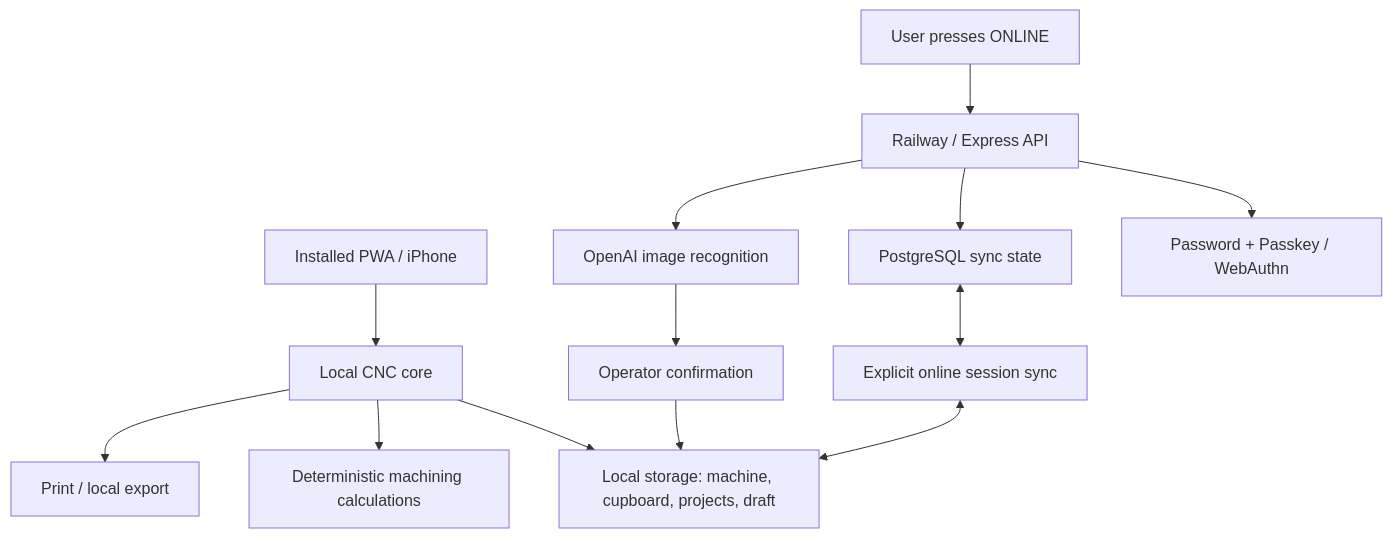
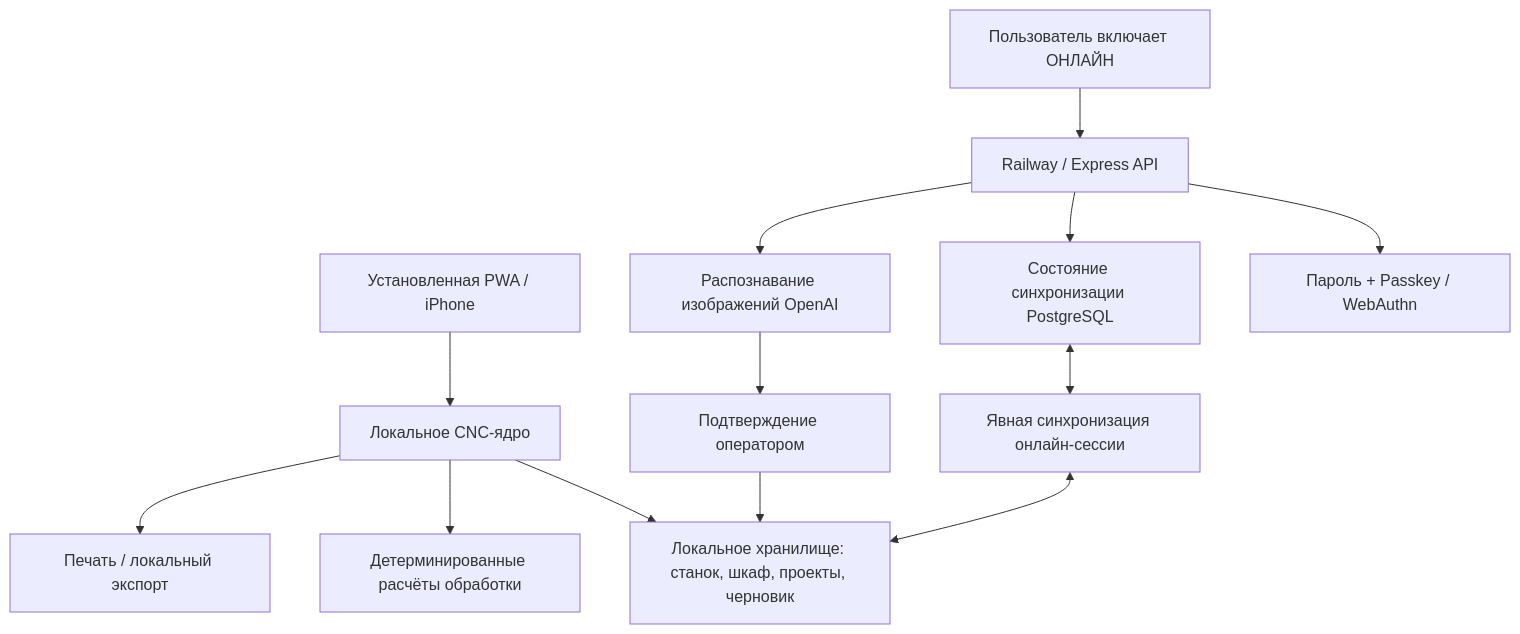
Before and after one commit to Saitama21/CNC-Copilot-FULL-v3.0.0: the diagram in ARCHITECTURE.md, drawn with Mermaid. The commit also changed other lines of this file and 36 other files, not shown here.

````diff
--- a/ARCHITECTURE.md
+++ b/ARCHITECTURE.md
@@ -7,16 +7,16 @@
 ```mermaid
 flowchart TD
-  PWA["Installed PWA / iPhone"] --> LOCAL["Local CNC core"]
-  LOCAL --> LS["Local storage: machine, cupboard, projects, draft"]
-  LOCAL --> CALC["Deterministic machining calculations"]
-  LOCAL --> EXPORT["Print / local export"]
+  PWA["Установленная PWA / iPhone"] --> LOCAL["Локальное CNC-ядро"]
+  LOCAL --> LS["Локальное хранилище: станок, шкаф, проекты, черновик"]
+  LOCAL --> CALC["Детерминированные расчёты обработки"]
+  LOCAL --> EXPORT["Печать / локальный экспорт"]
 
-  USER["User presses ONLINE"] --> API["Railway / Express API"]
-  API --> AUTH["Password + Passkey / WebAuthn"]
-  API --> DB["PostgreSQL sync state"]
-  API --> AI["OpenAI image recognition"]
-  AI --> CONFIRM["Operator confirmation"]
+  USER["Пользователь включает ОНЛАЙН"] --> API["Railway / Express API"]
+  API --> AUTH["Пароль + Passkey / WebAuthn"]
+  API --> DB["Состояние синхронизации PostgreSQL"]
+  API --> ИИ["Распознавание изображений OpenAI"]
+  ИИ --> CONFIRM["Подтверждение оператором"]
   CONFIRM --> LS
-  DB <--> SYNC["Explicit online session sync"]
+  DB <--> SYNC["Явная синхронизация онлайн-сессии"]
   SYNC <--> LS
 ```
````
